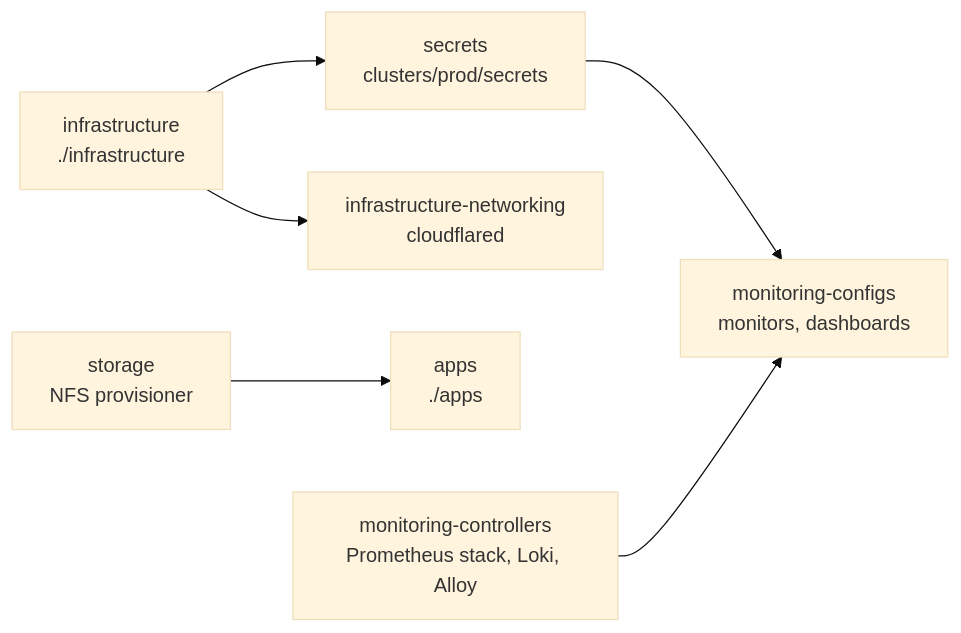
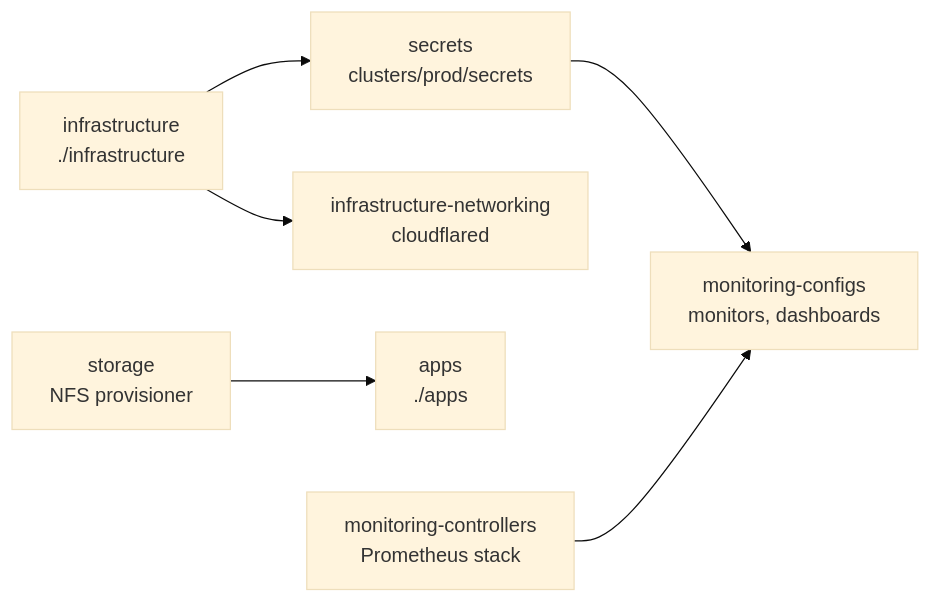
One commit to yuandrk/homelabops changed the diagram in docs/gitops.md. Above: the diagram before and after it, drawn with Mermaid (base theme). The commit also changed 17 other files, not shown here.

First line of the commit message:
monitoring: remove Loki and Alloy

````diff
--- a/docs/gitops.md
+++ b/docs/gitops.md
@@ -12,8 +12,8 @@
 ```mermaid
 flowchart LR
     infra["infrastructure<br/>./infrastructure"] --> secrets["secrets<br/>clusters/prod/secrets"]
     infra --> net["infrastructure-networking<br/>cloudflared"]
     storage["storage<br/>NFS provisioner"] --> apps["apps<br/>./apps"]
-    monc["monitoring-controllers<br/>Prometheus stack, Loki, Alloy"] --> monconf["monitoring-configs<br/>monitors, dashboards"]
+    monc["monitoring-controllers<br/>Prometheus stack"] --> monconf["monitoring-configs<br/>monitors, dashboards"]
     secrets --> monconf
 ```
````
